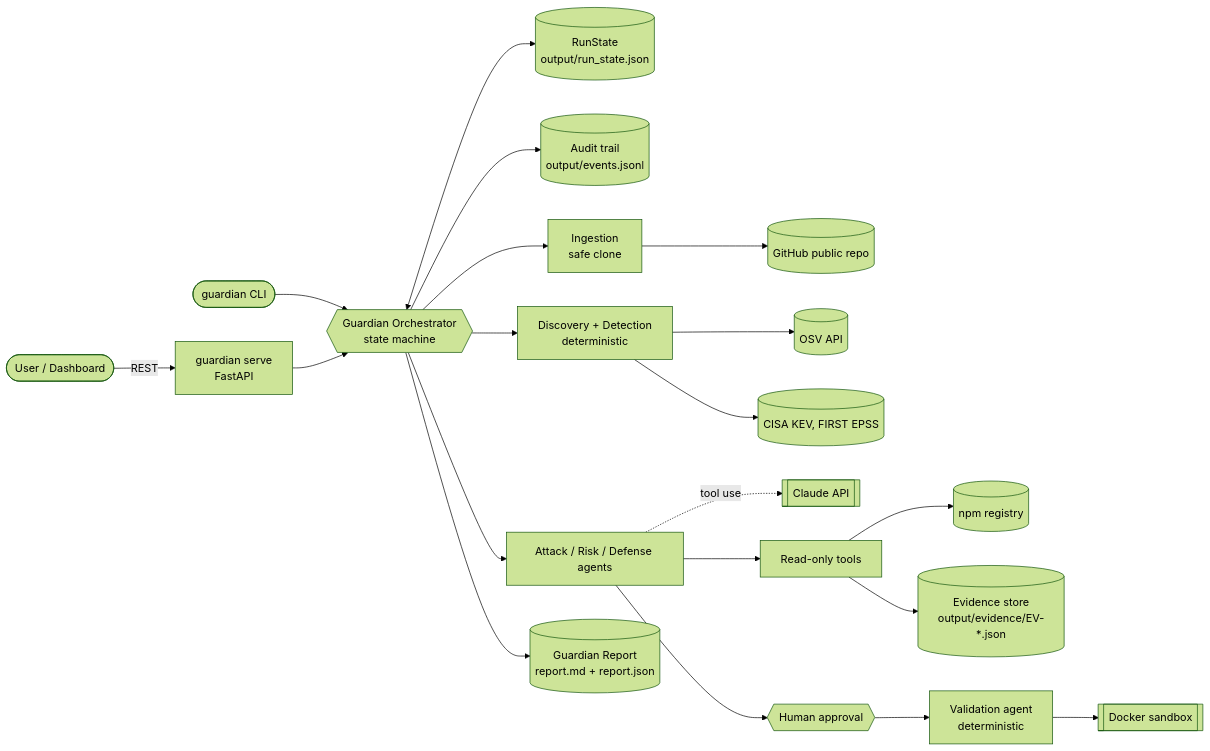
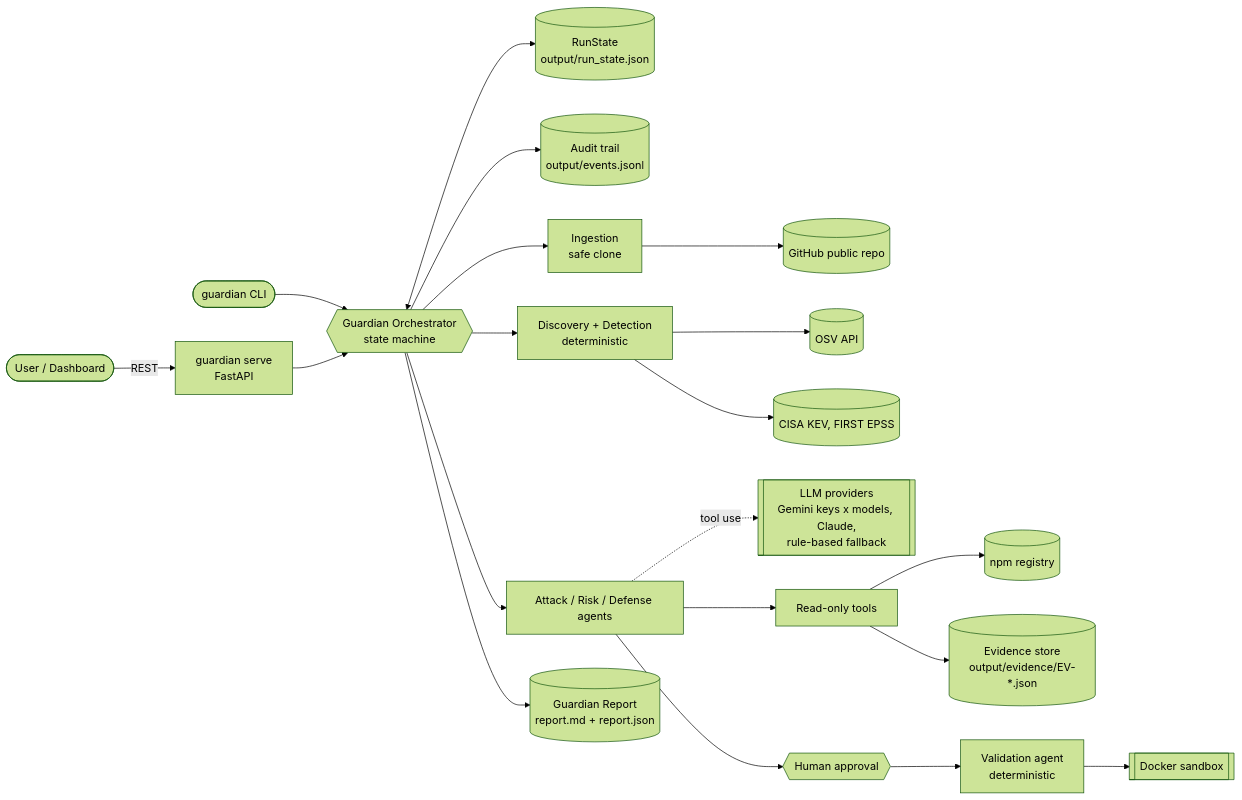
One commit to Neha-Jacob-8/supply-chain-guardian changed the first of 6 diagrams in docs/architecture.md. Above: the diagram before and after it, drawn with Mermaid (forest theme). The commit also changed other lines of this file, not shown here.

Commit message:
Embed the diagram and show the LLM provider chain in the flowcharts

````diff
--- a/docs/architecture.md
+++ b/docs/architecture.md
@@ -9,22 +11,22 @@
 ```mermaid
 flowchart LR
   User([User / Dashboard]) -->|REST| API[guardian serve<br/>FastAPI]
   CLI([guardian CLI]) --> ORCH
   API --> ORCH{{Guardian Orchestrator<br/>state machine}}
   ORCH <--> STATE[(RunState<br/>output/run_state.json)]
   ORCH --> AUDIT[(Audit trail<br/>output/events.jsonl)]
   ORCH --> ING[Ingestion<br/>safe clone]
   ING --> GH[(GitHub public repo)]
   ORCH --> DISC[Discovery + Detection<br/>deterministic]
   DISC --> OSV[(OSV API)]
   DISC --> INTEL[(CISA KEV, FIRST EPSS)]
   ORCH --> AGENTS[Attack / Risk / Defense agents]
-  AGENTS -.->|tool use| LLM[[Claude API]]
+  AGENTS -.->|tool use| LLM[[LLM providers<br/>Gemini keys x models, Claude,<br/>rule-based fallback]]
   AGENTS --> TOOLS[Read-only tools]
   TOOLS --> REG[(npm registry)]
   TOOLS --> EVID[(Evidence store<br/>output/evidence/EV-*.json)]
   AGENTS --> GATE{{Human approval}}
   GATE --> VAL[Validation agent<br/>deterministic]
   VAL --> DOCKER[[Docker sandbox]]
   ORCH --> REP[(Guardian Report<br/>report.md + report.json)]
 ```
````
